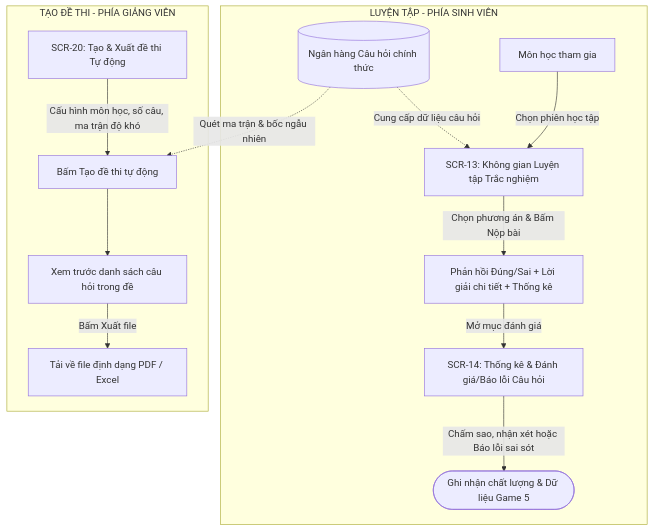
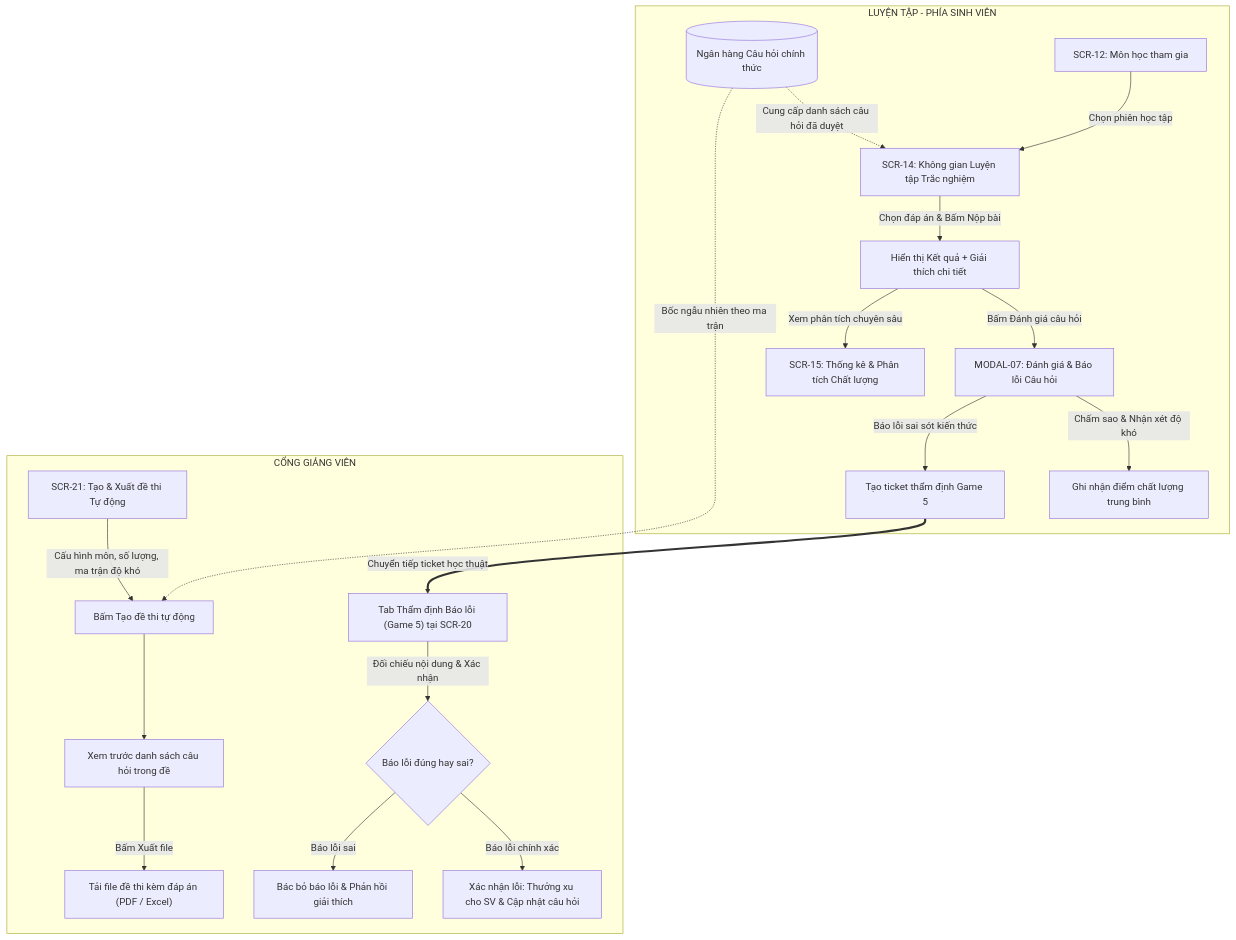
The fifth of 6 diagrams in t_i_li_u_to_n_di_n_s_lu_ng_m_n_h_nh_mermaid_code.md (lethanhan01/Social-network-for-student-Generated-Question-Bank), drawn with Mermaid before and after one commit. The commit also changed other lines of this file, not shown here.

Commit message:
bổ sung chút tài liệu

````diff
--- a/t_i_li_u_to_n_di_n_s_lu_ng_m_n_h_nh_mermaid_code.md
+++ b/t_i_li_u_to_n_di_n_s_lu_ng_m_n_h_nh_mermaid_code.md
@@ -239,22 +285,30 @@
 ```mermaid
 flowchart TD
-    BANK[(Ngân hàng Câu hỏi chính thức)]
+    BANK[("Ngân hàng Câu hỏi chính thức")]
 
     %% Sinh viên luyện tập
-    subgraph Sinh_Vien_Practice [LUYỆN TẬP - PHÍA SINH VIÊN]
-        SCR11_SUB[Môn học tham gia] -->|Chọn phiên học tập| SCR13[SCR-13: Không gian Luyện tập Trắc nghiệm]
-        BANK -. Cung cấp dữ liệu câu hỏi .-> SCR13
-        SCR13 -->|Chọn phương án & Bấm Nộp bài| RESULT_PANE[Phản hồi Đúng/Sai + Lời giải chi tiết + Thống kê]
-        RESULT_PANE -->|Mở mục đánh giá| SCR14[SCR-14: Thống kê & Đánh giá/Báo lỗi Câu hỏi]
-        SCR14 -->|Chấm sao, nhận xét hoặc Báo lỗi sai sót| RECORD_RATE([Ghi nhận chất lượng & Dữ liệu Game 5])
+    subgraph Sinh_Vien_Luyen_Tap ["LUYỆN TẬP - PHÍA SINH VIÊN"]
+        SCR12_PRAC["SCR-12: Môn học tham gia"] -->|"Chọn phiên học tập"| SCR14["SCR-14: Không gian Luyện tập Trắc nghiệm"]
+        BANK -. "Cung cấp danh sách câu hỏi đã duyệt" .-> SCR14
+        SCR14 -->|"Chọn đáp án & Bấm Nộp bài"| RESULT_BOX["Hiển thị Kết quả + Giải thích chi tiết"]
+        
+        RESULT_BOX -->|"Bấm Đánh giá câu hỏi"| MODAL07["MODAL-07: Đánh giá & Báo lỗi Câu hỏi"]
+        MODAL07 -->|"Chấm sao & Nhận xét độ khó"| RATE_REC["Ghi nhận điểm chất lượng trung bình"]
+        MODAL07 -->|"Báo lỗi sai sót kiến thức"| ERR_REPORT["Tạo ticket thẩm định Game 5"]
+        
+        RESULT_BOX -->|"Xem phân tích chuyên sâu"| SCR15["SCR-15: Thống kê & Phân tích Chất lượng"]
     end
 
-    %% Giảng viên ra đề
-    subgraph Giang_Vien_Exam [TẠO ĐỀ THI - PHÍA GIẢNG VIÊN]
-        SCR20[SCR-20: Tạo & Xuất đề thi Tự động]
-        SCR20 -->|Cấu hình môn học, số câu, ma trận độ khó| GEN_ACT[Bấm Tạo đề thi tự động]
-        BANK -. Quét ma trận & bốc ngẫu nhiên .-> GEN_ACT
-        GEN_ACT --> EXAM_PREVIEW[Xem trước danh sách câu hỏi trong đề]
-        EXAM_PREVIEW -->|Bấm Xuất file| EXPORT_FILE[Tải về file định dạng PDF / Excel]
+    %% Giảng viên xử lý Game 5 & Ra đề thi
+    subgraph Giang_Vien_Hoc_Thuat ["CỔNG GIẢNG VIÊN"]
+        ERR_REPORT ==>|"Chuyển tiếp ticket học thuật"| GAME5_TAB["Tab Thẩm định Báo lỗi (Game 5) tại SCR-20"]
+        GAME5_TAB -->|"Đối chiếu nội dung & Xác nhận"| G5_CHECK{"Báo lỗi đúng hay sai?"}
+        G5_CHECK -->|"Báo lỗi chính xác"| G5_ACCEPT["Xác nhận lỗi: Thưởng xu cho SV & Cập nhật câu hỏi"]
+        G5_CHECK -->|"Báo lỗi sai"| G5_REJECT["Bác bỏ báo lỗi & Phản hồi giải thích"]
+
+        SCR21["SCR-21: Tạo & Xuất đề thi Tự động"] -->|"Cấu hình môn, số lượng, ma trận độ khó"| GEN_EXAM["Bấm Tạo đề thi tự động"]
+        BANK -. "Bốc ngẫu nhiên theo ma trận" .-> GEN_EXAM
+        GEN_EXAM --> PREVIEW_EXAM["Xem trước danh sách câu hỏi trong đề"]
+        PREVIEW_EXAM -->|"Bấm Xuất file"| EXPORT_DOC["Tải file đề thi kèm đáp án (PDF / Excel)"]
     end
 ```
````
